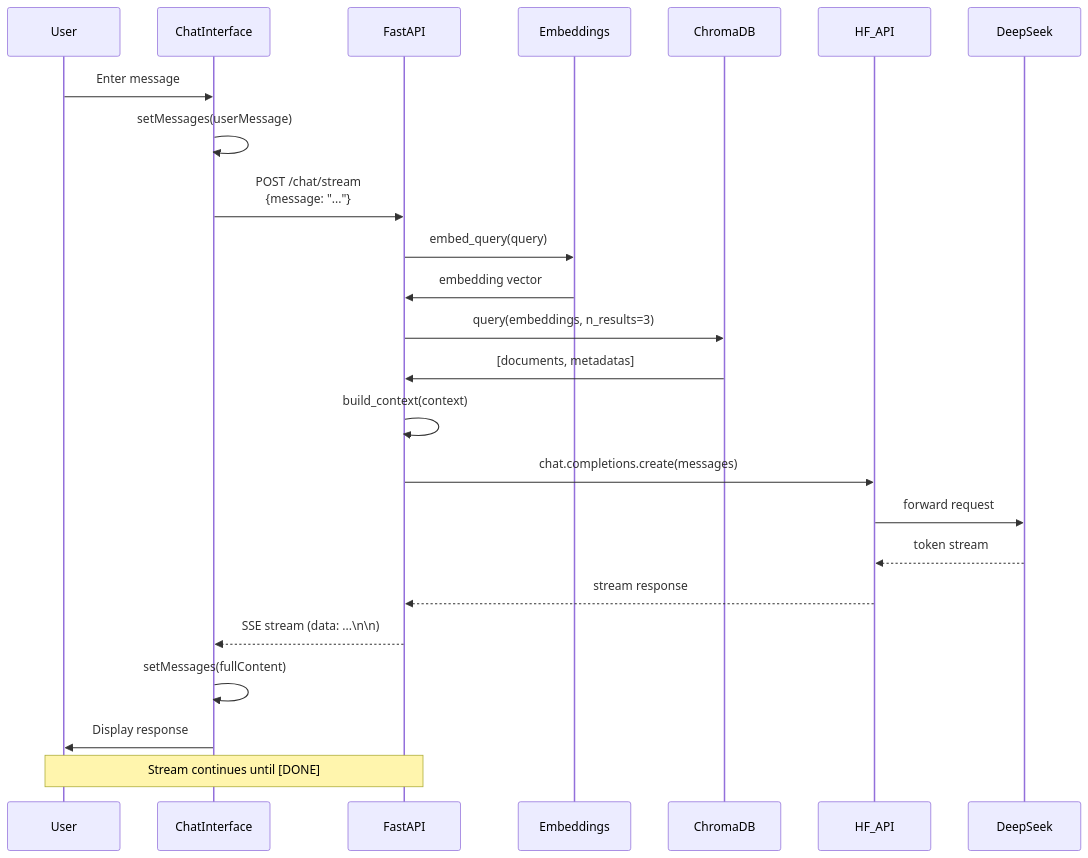
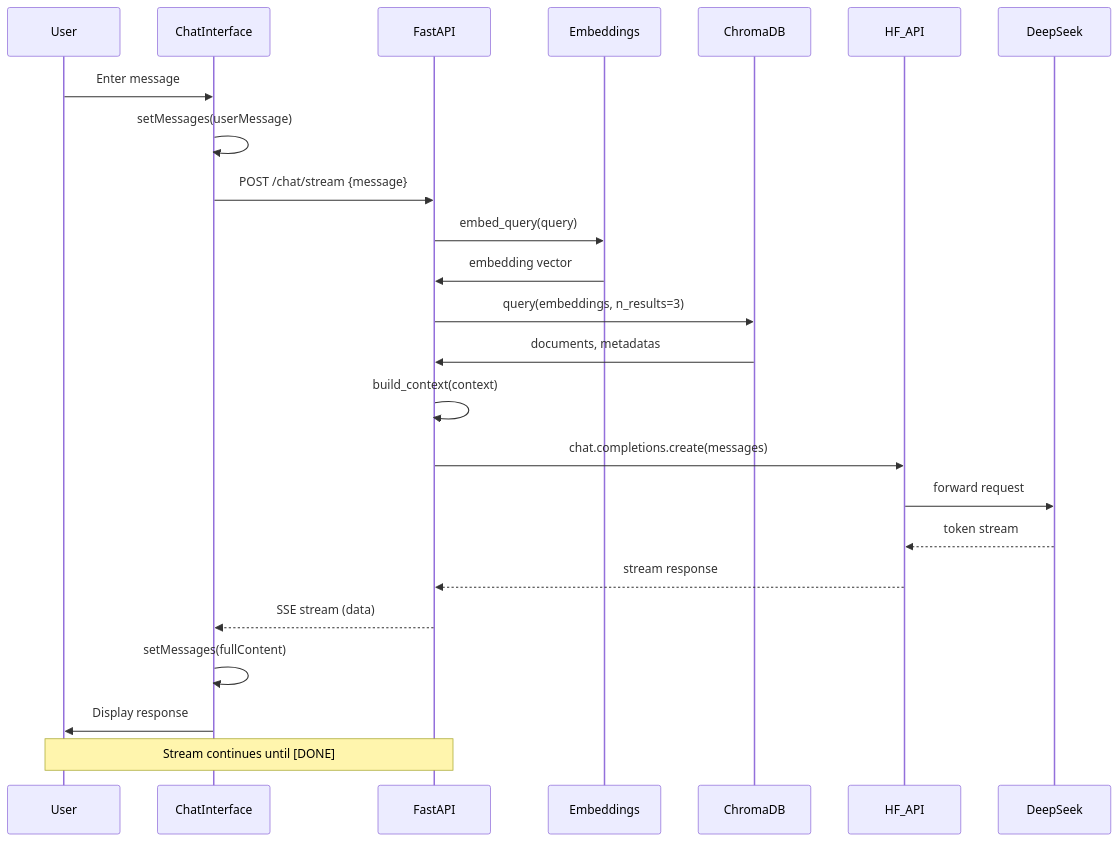
Before and after one commit to AdeelAtta/chatbot-for-heritage: the first of 2 diagrams in docs/architecture/low-level/sequence-chat.md, drawn with Mermaid. The commit also changed other lines of this file and 4 other files, not shown here.

Commit message:
fix: improve formatting and clarity in architecture diagrams and sequence flow

````diff
--- a/docs/architecture/low-level/sequence-chat.md
+++ b/docs/architecture/low-level/sequence-chat.md
@@ -3,34 +3,34 @@
 ```mermaid
 sequenceDiagram
     participant User
     participant ChatInterface
     participant FastAPI
     participant Embeddings
     participant ChromaDB
     participant HF_API
     participant DeepSeek
 
     User->>ChatInterface: Enter message
     ChatInterface->>ChatInterface: setMessages(userMessage)
-    ChatInterface->>FastAPI: POST /chat/stream<br/>{message: "..."}
-    
+    ChatInterface->>FastAPI: POST /chat/stream {message}
+
     FastAPI->>Embeddings: embed_query(query)
     Embeddings->>FastAPI: embedding vector
-    
+
     FastAPI->>ChromaDB: query(embeddings, n_results=3)
-    ChromaDB->>FastAPI: [documents, metadatas]
-    
+    ChromaDB->>FastAPI: documents, metadatas
+
     FastAPI->>FastAPI: build_context(context)
-    
+
     FastAPI->>HF_API: chat.completions.create(messages)
     HF_API->>DeepSeek: forward request
     DeepSeek-->>HF_API: token stream
-    
+
     HF_API-->>FastAPI: stream response
-    
-    FastAPI-->>ChatInterface: SSE stream (data: ...\n\n)
+
+    FastAPI-->>ChatInterface: SSE stream (data)
     ChatInterface->>ChatInterface: setMessages(fullContent)
     ChatInterface->>User: Display response
 
     Note over User,FastAPI: Stream continues until [DONE]
 ```
````
